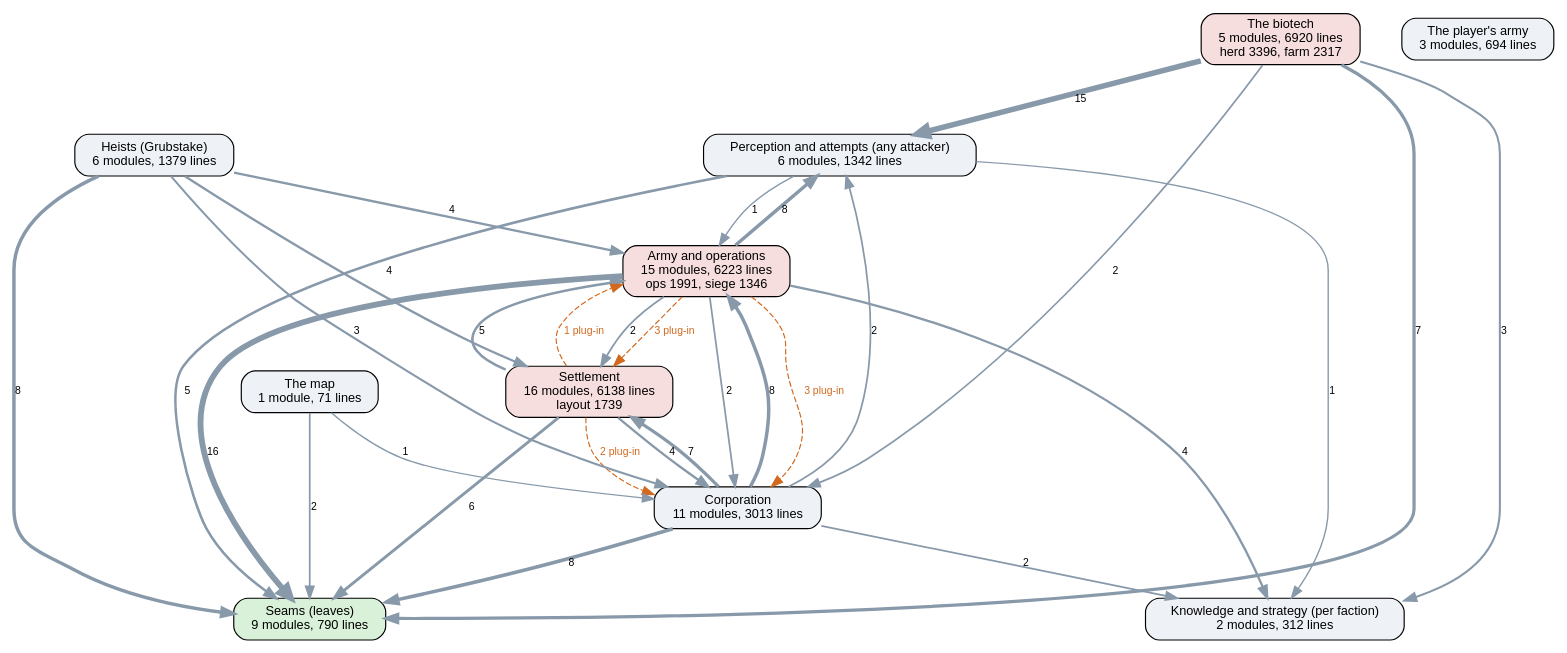
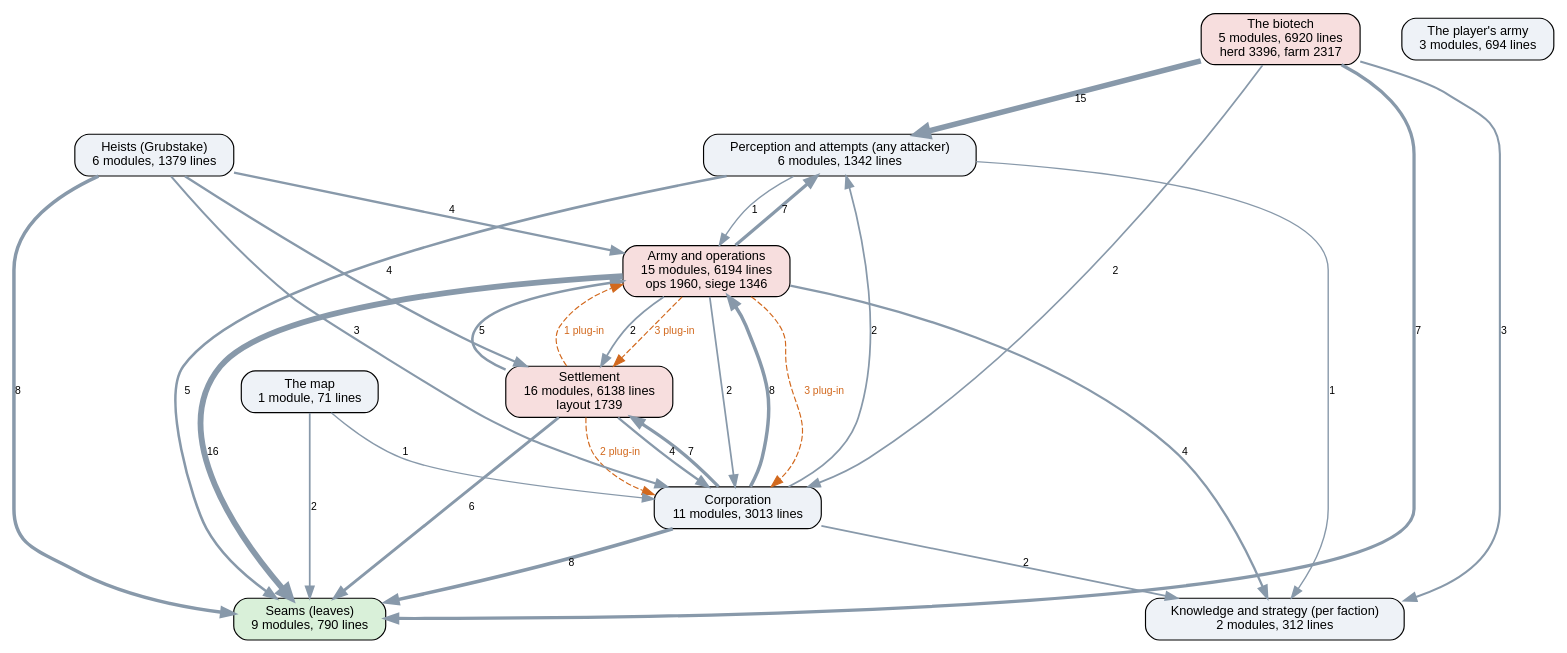
One commit to kinelhu/landing-party changed the diagram in docs/ai-layers.dot. Above: the diagram before and after it, drawn with Graphviz. The commit also changed 11 other files, not shown here.

```diff
--- a/docs/ai-layers.dot
+++ b/docs/ai-layers.dot
@@ -1,45 +1,45 @@
 digraph layers {
   graph [rankdir=TB, fontname="Helvetica", nodesep=0.5, ranksep=0.7];
   node [shape=box, style="rounded,filled", fontname="Helvetica", fontsize=11, fillcolor="#eef2f7"];
   edge [color="#8899aa", fontname="Helvetica", fontsize=9];
   "Seams (leaves)" [label="Seams (leaves)\n9 modules, 790 lines", fillcolor="#d9f0d9"];
   "Perception and attempts (any attacker)" [label="Perception and attempts (any attacker)\n6 modules, 1342 lines", fillcolor="#eef2f7"];
   "Knowledge and strategy (per faction)" [label="Knowledge and strategy (per faction)\n2 modules, 312 lines", fillcolor="#eef2f7"];
   "Corporation" [label="Corporation\n11 modules, 3013 lines", fillcolor="#eef2f7"];
   "Settlement" [label="Settlement\n16 modules, 6138 lines\nlayout 1739", fillcolor="#f7dede"];
-  "Army and operations" [label="Army and operations\n15 modules, 6223 lines\nops 1991, siege 1346", fillcolor="#f7dede"];
+  "Army and operations" [label="Army and operations\n15 modules, 6194 lines\nops 1960, siege 1346", fillcolor="#f7dede"];
   "Heists (Grubstake)" [label="Heists (Grubstake)\n6 modules, 1379 lines", fillcolor="#eef2f7"];
   "The biotech" [label="The biotech\n5 modules, 6920 lines\nherd 3396, farm 2317", fillcolor="#f7dede"];
   "The map" [label="The map\n1 module, 71 lines", fillcolor="#eef2f7"];
   "The player's army" [label="The player's army\n3 modules, 694 lines", fillcolor="#eef2f7"];
   "Army and operations" -> "Corporation" [label="2", penwidth=1.5];
   "Army and operations" -> "Knowledge and strategy (per faction)" [label="4", penwidth=2.0];
-  "Army and operations" -> "Perception and attempts (any attacker)" [label="8", penwidth=3.0];
+  "Army and operations" -> "Perception and attempts (any attacker)" [label="7", penwidth=2.8];
   "Army and operations" -> "Seams (leaves)" [label="16", penwidth=5.0];
   "Army and operations" -> "Settlement" [label="2", penwidth=1.5];
   "Corporation" -> "Army and operations" [label="8", penwidth=3.0];
   "Corporation" -> "Knowledge and strategy (per faction)" [label="2", penwidth=1.5];
   "Corporation" -> "Perception and attempts (any attacker)" [label="2", penwidth=1.5];
   "Corporation" -> "Seams (leaves)" [label="8", penwidth=3.0];
   "Corporation" -> "Settlement" [label="7", penwidth=2.8];
   "Heists (Grubstake)" -> "Army and operations" [label="4", penwidth=2.0];
   "Heists (Grubstake)" -> "Corporation" [label="3", penwidth=1.8];
   "Heists (Grubstake)" -> "Seams (leaves)" [label="8", penwidth=3.0];
   "Heists (Grubstake)" -> "Settlement" [label="4", penwidth=2.0];
   "Perception and attempts (any attacker)" -> "Army and operations" [label="1", penwidth=1.2];
   "Perception and attempts (any attacker)" -> "Knowledge and strategy (per faction)" [label="1", penwidth=1.2];
   "Perception and attempts (any attacker)" -> "Seams (leaves)" [label="5", penwidth=2.2];
   "Settlement" -> "Army and operations" [label="5", penwidth=2.2];
   "Settlement" -> "Corporation" [label="4", penwidth=2.0];
   "Settlement" -> "Seams (leaves)" [label="6", penwidth=2.5];
   "The biotech" -> "Corporation" [label="2", penwidth=1.5];
   "The biotech" -> "Knowledge and strategy (per faction)" [label="3", penwidth=1.8];
   "The biotech" -> "Perception and attempts (any attacker)" [label="15", penwidth=4.8];
   "The biotech" -> "Seams (leaves)" [label="7", penwidth=2.8];
   "The map" -> "Corporation" [label="1", penwidth=1.2];
   "The map" -> "Seams (leaves)" [label="2", penwidth=1.5];
   "Army and operations" -> "Corporation" [style=dashed, color="#d2691e", fontcolor="#d2691e", label="3 plug-in"];
   "Army and operations" -> "Settlement" [style=dashed, color="#d2691e", fontcolor="#d2691e", label="3 plug-in"];
   "Settlement" -> "Army and operations" [style=dashed, color="#d2691e", fontcolor="#d2691e", label="1 plug-in"];
   "Settlement" -> "Corporation" [style=dashed, color="#d2691e", fontcolor="#d2691e", label="2 plug-in"];
 }
```
